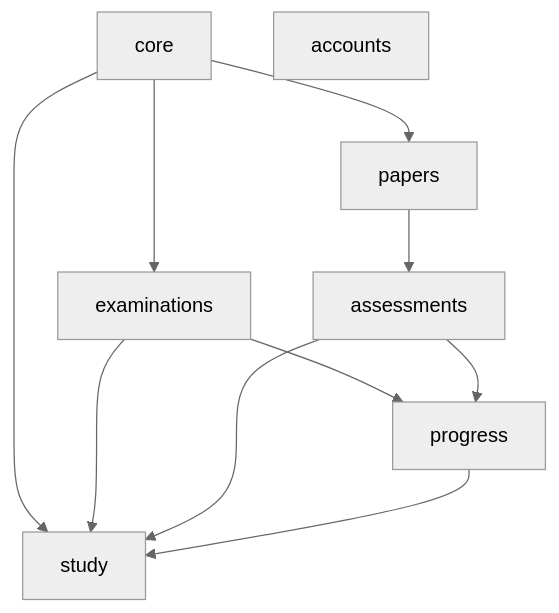
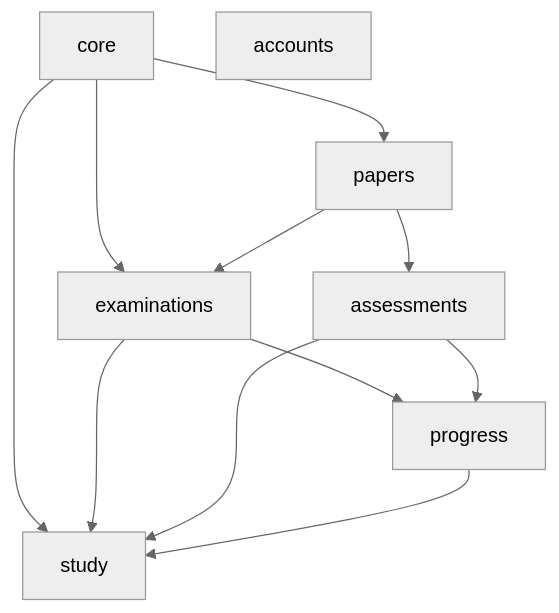
Before and after one commit to nrstatlab/planning-for-future: the second of 4 diagrams in Webapp/ARCHITECTURE.md, drawn with Mermaid (neutral theme). The commit also changed other lines of this file, not shown here.

First line of the commit message:
Webapp architecture: the revisions made while building Phase 1

````diff
--- a/Webapp/ARCHITECTURE.md
+++ b/Webapp/ARCHITECTURE.md
@@ -81,9 +82,9 @@
 ```mermaid
 flowchart TB
   core --> study & examinations & papers
   accounts
   examinations --> study & progress
-  papers --> assessments
+  papers --> assessments & examinations
   assessments --> study & progress
   progress --> study
 ```
````
